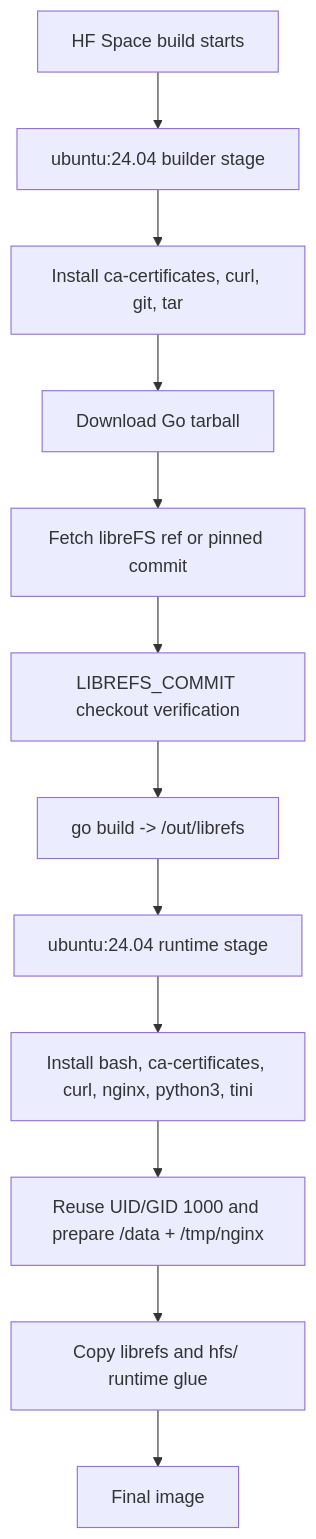
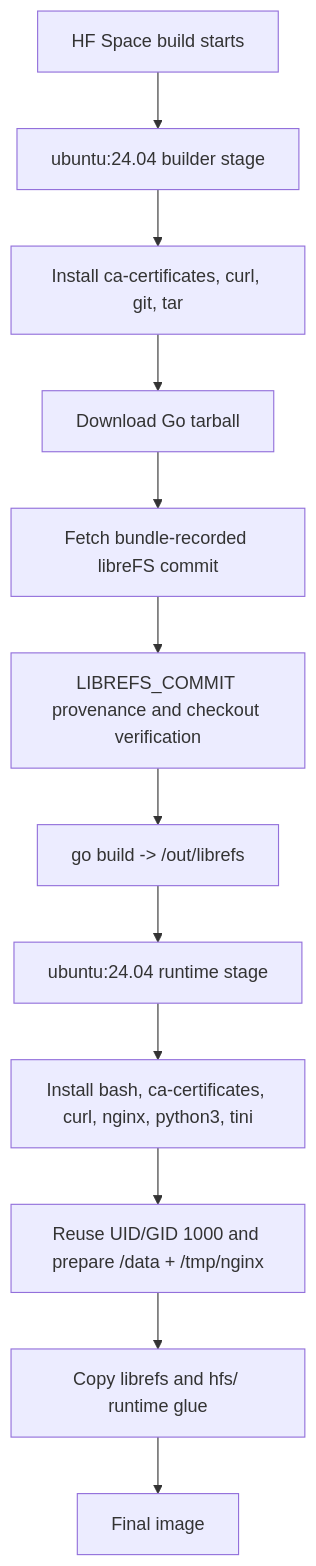
The first of 2 diagrams in docs/architecture.md (BlueSkyXN/libreFS-HFS), drawn with Mermaid before and after one commit. The commit also changed other lines of this file and 28 other files, not shown here.

First line of the commit message:
Implement bundle-only HFS provenance (#9)

````diff
--- a/docs/architecture.md
+++ b/docs/architecture.md
@@ -26,14 +27,14 @@
 ```mermaid
 flowchart TD
   A["HF Space build starts"] --> B["ubuntu:24.04 builder stage"]
   B --> C["Install ca-certificates, curl, git, tar"]
   C --> D["Download Go tarball"]
-  D --> E["Fetch libreFS ref or pinned commit"]
-  E --> F["LIBREFS_COMMIT checkout verification"]
+  D --> E["Fetch bundle-recorded libreFS commit"]
+  E --> F["LIBREFS_COMMIT provenance and checkout verification"]
   F --> G["go build -> /out/librefs"]
   G --> H["ubuntu:24.04 runtime stage"]
   H --> I["Install bash, ca-certificates, curl, nginx, python3, tini"]
   I --> J["Reuse UID/GID 1000 and prepare /data + /tmp/nginx"]
   J --> K["Copy librefs and hfs/ runtime glue"]
   K --> L["Final image"]
 ```
````
